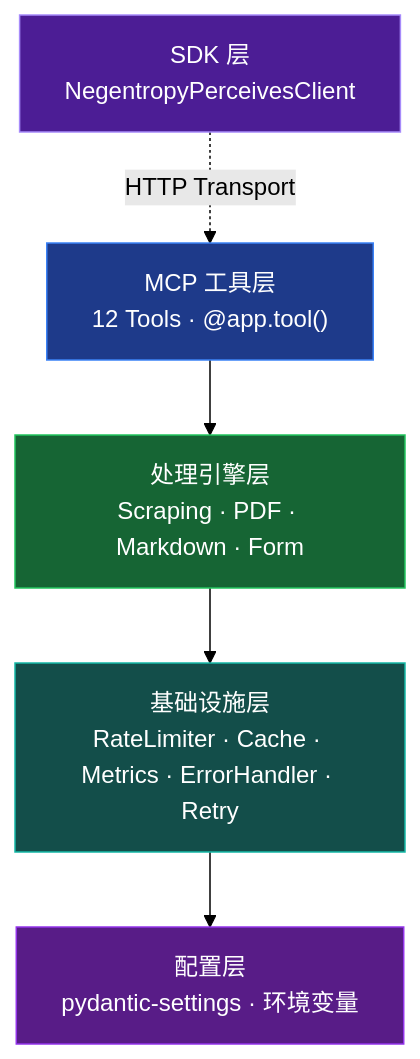
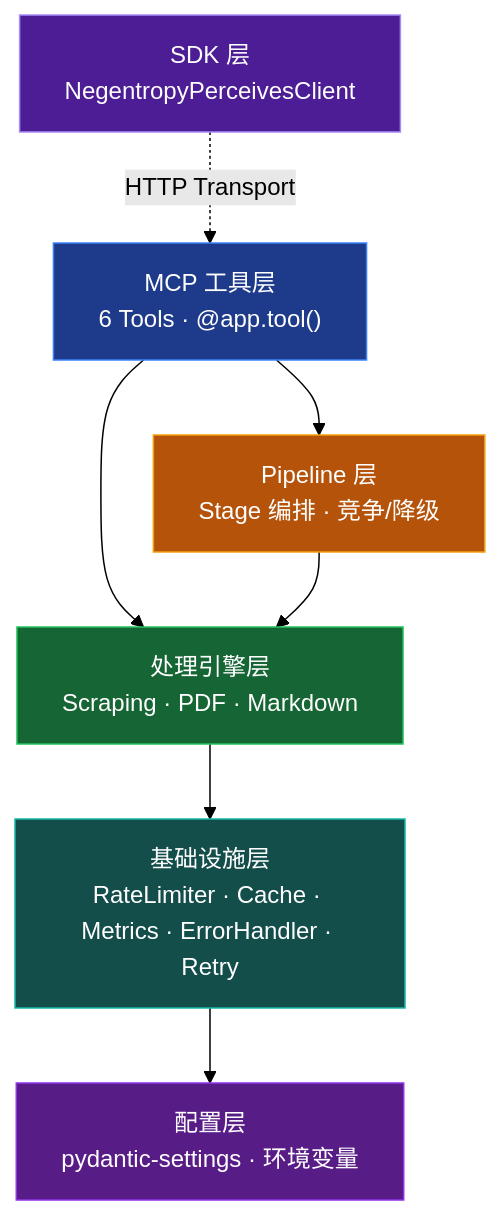
The first of 10 diagrams in docs/framework.md (ThreeFish-AI/negentropy-perceives), drawn with Mermaid (forest theme) before and after one commit. The commit also changed other lines of this file and 2 other files, not shown here.

First line of the commit message:
docs(pipeline): 新增 Pipeline 编排层架构文档与 CHANGELOG;

````diff
--- a/docs/framework.md
+++ b/docs/framework.md
@@ -30,13 +31,16 @@
 ```mermaid
 graph TD
-    A["SDK 层<br/>NegentropyPerceivesClient"] -.->|"HTTP Transport"| T["MCP 工具层<br/>12 Tools · @app.tool()"]
-    T --> B["处理引擎层<br/>Scraping · PDF · Markdown · Form"]
+    A["SDK 层<br/>NegentropyPerceivesClient"] -.->|"HTTP Transport"| T["MCP 工具层<br/>6 Tools · @app.tool()"]
+    T --> P["Pipeline 层<br/>Stage 编排 · 竞争/降级"]
+    T --> B["处理引擎层<br/>Scraping · PDF · Markdown"]
+    P --> B
     B --> C["基础设施层<br/>RateLimiter · Cache · Metrics · ErrorHandler · Retry"]
     C --> D["配置层<br/>pydantic-settings · 环境变量"]
 
     style A fill:#4c1d95,stroke:#a78bfa,color:#ffffff
     style T fill:#1e3a8a,stroke:#3b82f6,color:#ffffff
+    style P fill:#b45309,stroke:#f59e0b,color:#ffffff
     style B fill:#166534,stroke:#22c55e,color:#ffffff
     style C fill:#134e4a,stroke:#14b8a6,color:#ffffff
     style D fill:#581c87,stroke:#9333ea,color:#ffffff
 ```
````
